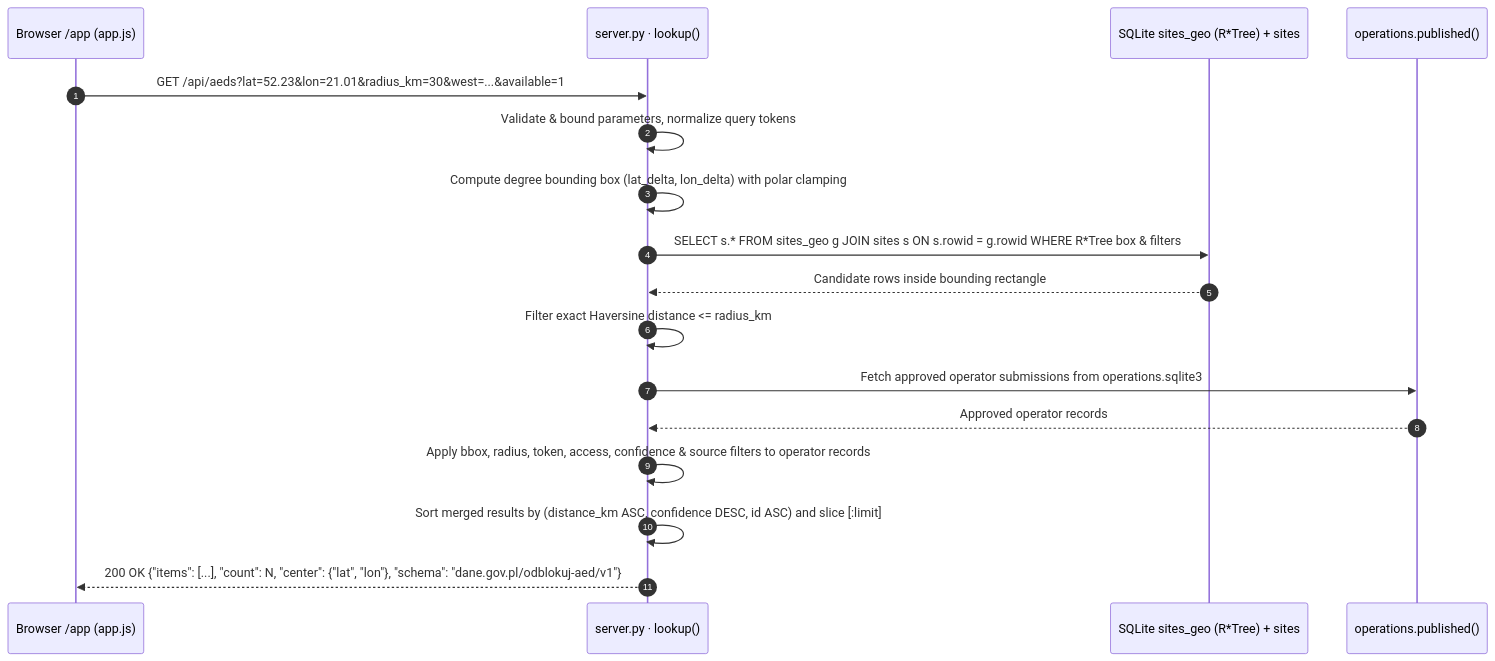
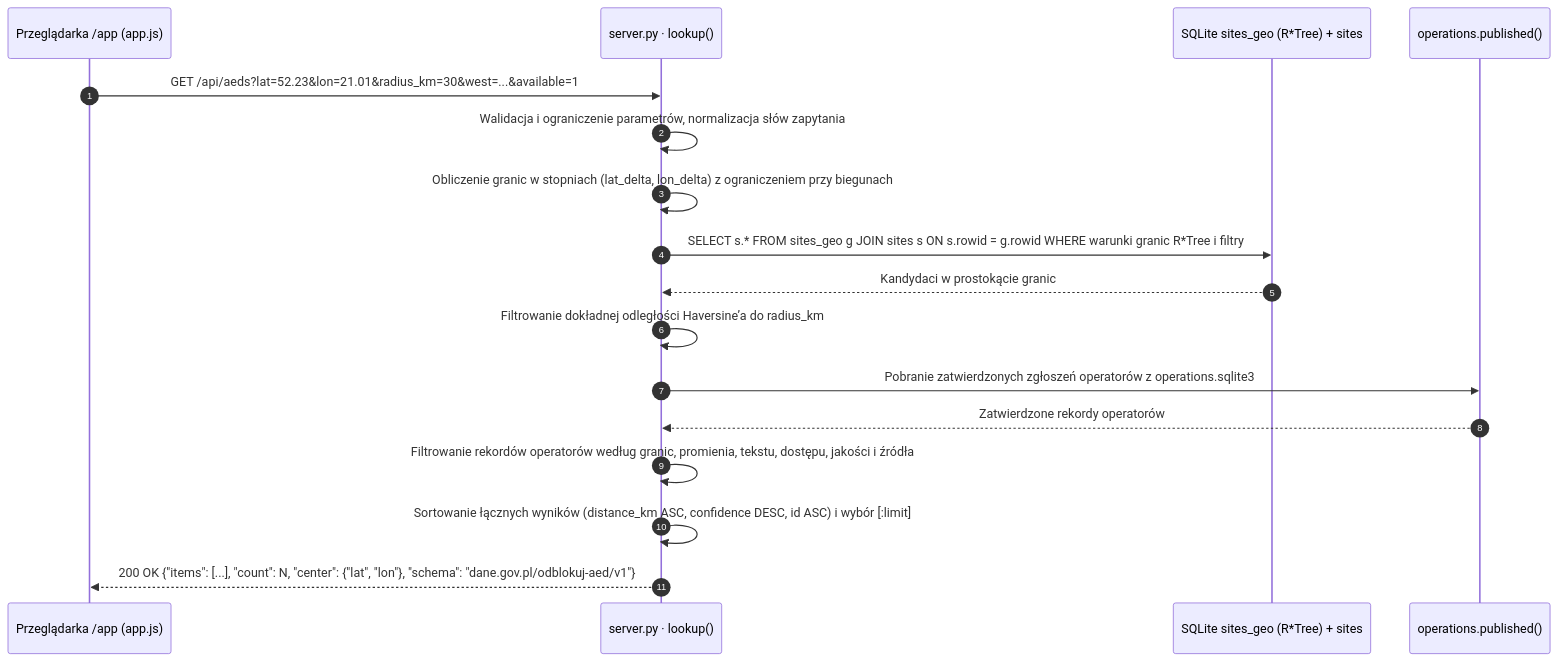
The fifth of 6 diagrams in README.md (RodrigoGaluppo/HACK_NATION_Serce_Okolicy), drawn with Mermaid before and after one commit. The commit also changed other lines of this file, not shown here.

````diff
--- a/README.md
+++ b/README.md
@@ -538,20 +569,20 @@
 ```mermaid
 sequenceDiagram
   autonumber
-  participant Client as Browser /app (app.js)
+  participant Client as Przeglądarka /app (app.js)
   participant Server as server.py · lookup()
   participant RTree as SQLite sites_geo (R*Tree) + sites
   participant OpsDB as operations.published()
 
   Client->>Server: GET /api/aeds?lat=52.23&lon=21.01&radius_km=30&west=...&available=1
-  Server->>Server: Validate & bound parameters, normalize query tokens
-  Server->>Server: Compute degree bounding box (lat_delta, lon_delta) with polar clamping
-  Server->>RTree: SELECT s.* FROM sites_geo g JOIN sites s ON s.rowid = g.rowid WHERE R*Tree box & filters
-  RTree-->>Server: Candidate rows inside bounding rectangle
-  Server->>Server: Filter exact Haversine distance <= radius_km
-  Server->>OpsDB: Fetch approved operator submissions from operations.sqlite3
-  OpsDB-->>Server: Approved operator records
-  Server->>Server: Apply bbox, radius, token, access, confidence & source filters to operator records
-  Server->>Server: Sort merged results by (distance_km ASC, confidence DESC, id ASC) and slice [:limit]
+  Server->>Server: Walidacja i ograniczenie parametrów, normalizacja słów zapytania
+  Server->>Server: Obliczenie granic w stopniach (lat_delta, lon_delta) z ograniczeniem przy biegunach
+  Server->>RTree: SELECT s.* FROM sites_geo g JOIN sites s ON s.rowid = g.rowid WHERE warunki granic R*Tree i filtry
+  RTree-->>Server: Kandydaci w prostokącie granic
+  Server->>Server: Filtrowanie dokładnej odległości Haversine’a do radius_km
+  Server->>OpsDB: Pobranie zatwierdzonych zgłoszeń operatorów z operations.sqlite3
+  OpsDB-->>Server: Zatwierdzone rekordy operatorów
+  Server->>Server: Filtrowanie rekordów operatorów według granic, promienia, tekstu, dostępu, jakości i źródła
+  Server->>Server: Sortowanie łącznych wyników (distance_km ASC, confidence DESC, id ASC) i wybór [:limit]
   Server-->>Client: 200 OK {"items": [...], "count": N, "center": {"lat", "lon"}, "schema": "dane.gov.pl/odblokuj-aed/v1"}
 ```
````
